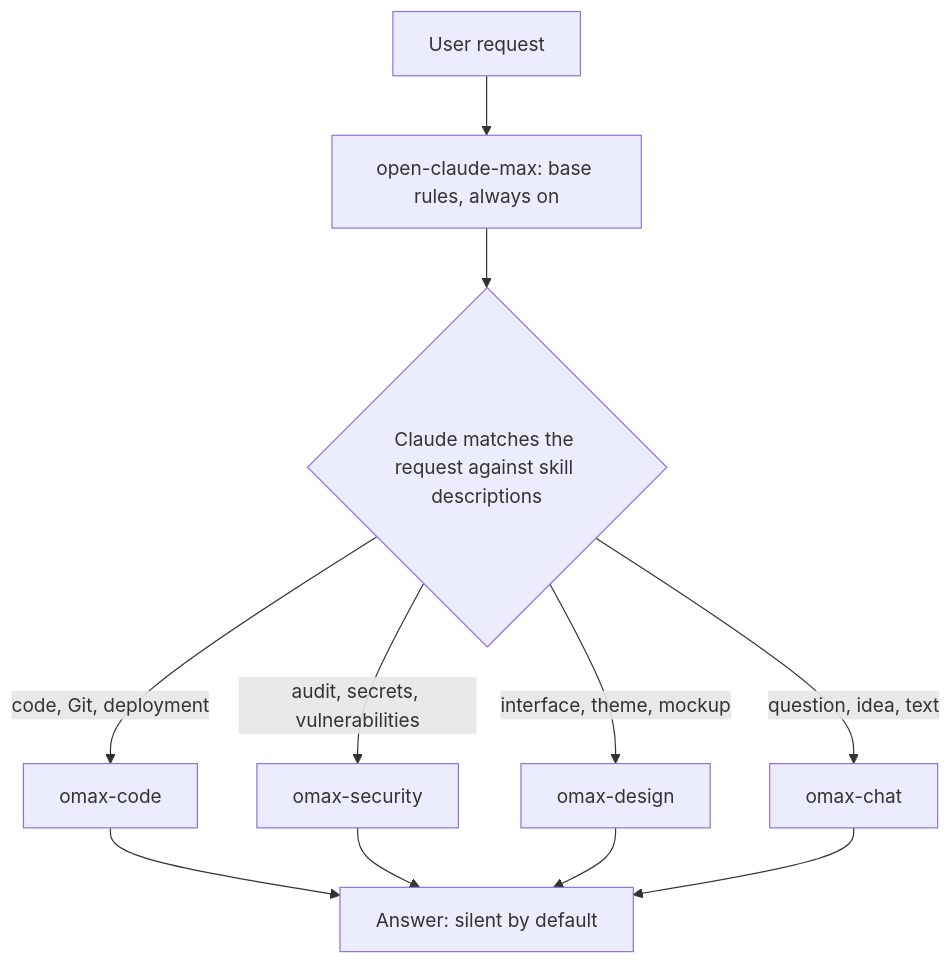
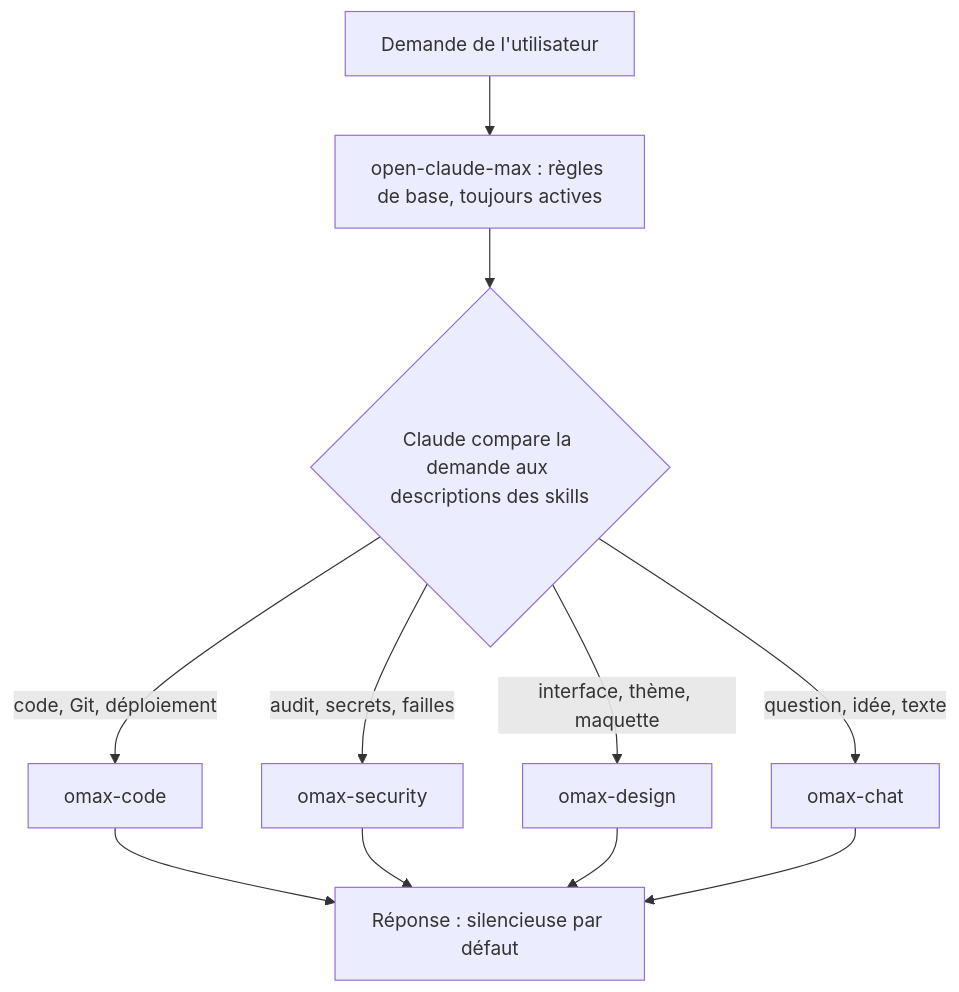
Before and after one commit to furaxdev/open-claude-max: the first of 2 diagrams in ARCHITECTURE.md, drawn with Mermaid. The commit also changed other lines of this file and 20 other files, not shown here.

````diff
--- a/ARCHITECTURE.md
+++ b/ARCHITECTURE.md
@@ -31,13 +44,13 @@
 ```mermaid
 flowchart TD
-    A[User request] --> B[open-claude-max: base rules, always on]
-    B --> C{Claude matches the request against skill descriptions}
-    C -- code, Git, deployment --> D[omax-code]
-    C -- audit, secrets, vulnerabilities --> E[omax-security]
-    C -- interface, theme, mockup --> F[omax-design]
-    C -- question, idea, text --> G[omax-chat]
-    D --> H[Answer: silent by default]
+    A[Demande de l'utilisateur] --> B[open-claude-max : règles de base, toujours actives]
+    B --> C{Claude compare la demande aux descriptions des skills}
+    C -- code, Git, déploiement --> D[omax-code]
+    C -- audit, secrets, failles --> E[omax-security]
+    C -- interface, thème, maquette --> F[omax-design]
+    C -- question, idée, texte --> G[omax-chat]
+    D --> H[Réponse : silencieuse par défaut]
     E --> H
     F --> H
     G --> H
 ```
````
